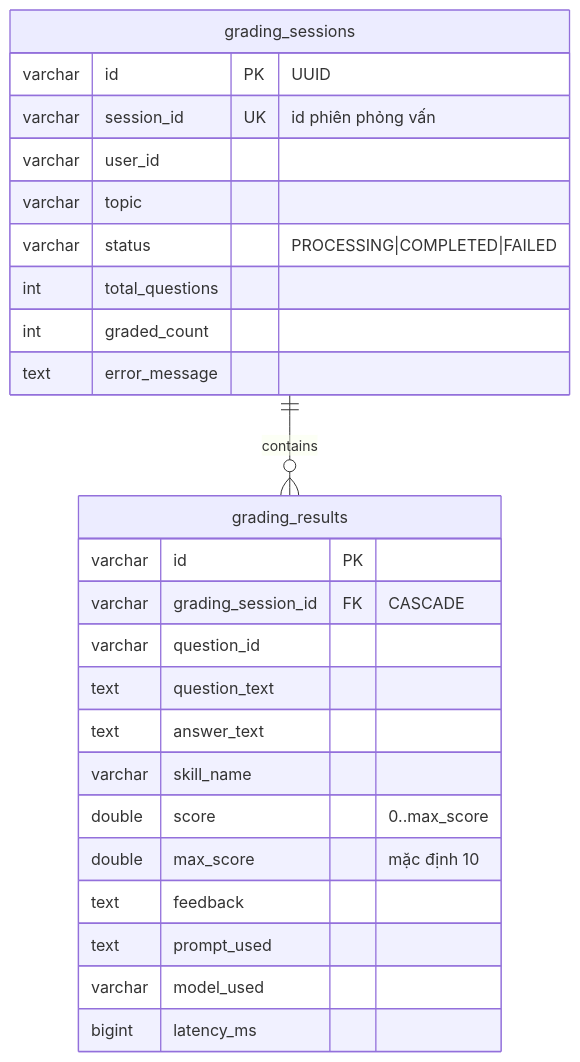
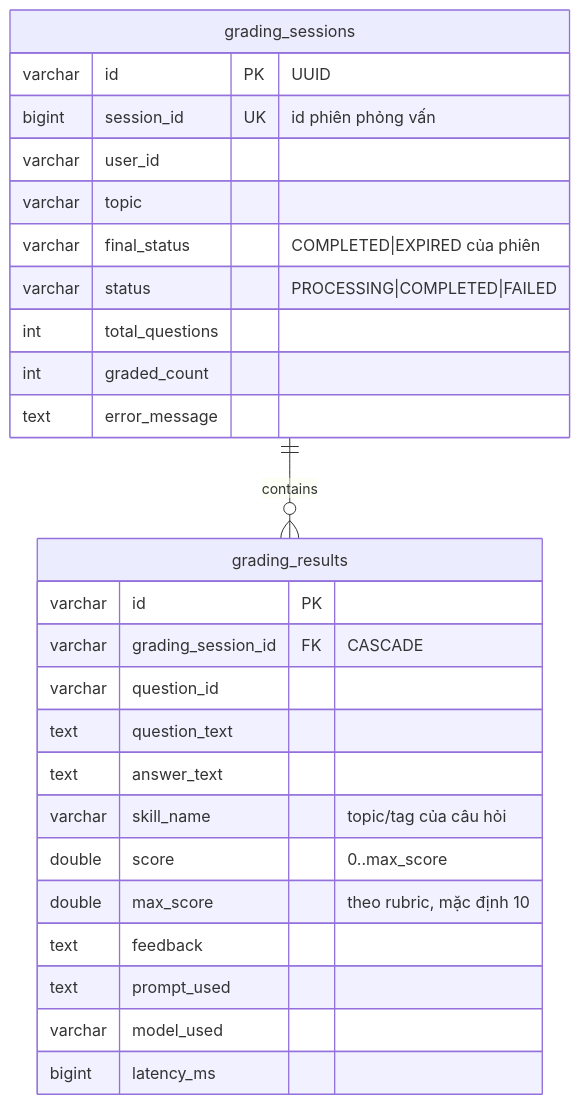
Before and after one commit to ngohoangg/intelli-hire: the first of 4 diagrams in docs/services/grading-service.md, drawn with Mermaid. The commit also changed other lines of this file and 19 other files, not shown here.

````diff
--- a/docs/services/grading-service.md
+++ b/docs/services/grading-service.md
@@ -21,28 +23,29 @@
 ```mermaid
 erDiagram
     grading_sessions ||--o{ grading_results : contains
     grading_sessions {
         varchar id PK "UUID"
-        varchar session_id UK "id phiên phỏng vấn"
+        bigint session_id UK "id phiên phỏng vấn"
         varchar user_id
         varchar topic
+        varchar final_status "COMPLETED|EXPIRED của phiên"
         varchar status "PROCESSING|COMPLETED|FAILED"
         int total_questions
         int graded_count
         text error_message
     }
     grading_results {
         varchar id PK
         varchar grading_session_id FK "CASCADE"
         varchar question_id
         text question_text
         text answer_text
-        varchar skill_name
+        varchar skill_name "topic/tag của câu hỏi"
         double score "0..max_score"
-        double max_score "mặc định 10"
+        double max_score "theo rubric, mặc định 10"
         text feedback
         text prompt_used
         varchar model_used
         bigint latency_ms
     }
 ```
````
